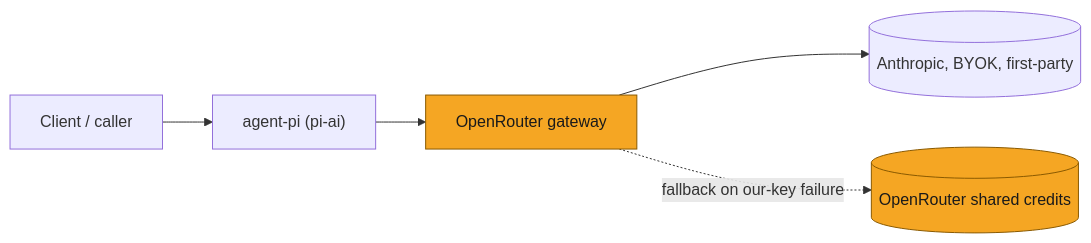
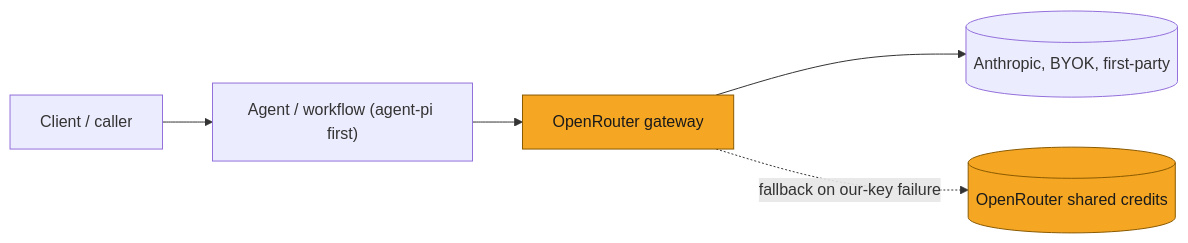
One commit to Solstice-Health/engineering-specs changed the first of 4 diagrams in plans/SOL-2933-openrouter-inference-gateway.md. Above: the diagram before and after it, drawn with Mermaid. The commit also changed other lines of this file, not shown here.

First line of the commit message:
Frame the gateway and config convention as agent-agnostic

````diff
--- a/plans/SOL-2933-openrouter-inference-gateway.md
+++ b/plans/SOL-2933-openrouter-inference-gateway.md
@@ -46,8 +46,8 @@
 ```mermaid
 flowchart LR
     classDef delta fill:#F5A623,stroke:#8A5A00,color:#1A1A1A
-    Caller["Client / caller"] --> Pi["agent-pi (pi-ai)"]
+    Caller["Client / caller"] --> Pi["Agent / workflow (agent-pi first)"]
     Pi --> OR["OpenRouter gateway"]:::delta
     OR --> Anthropic[("Anthropic, BYOK, first-party")]
     OR -.fallback on our-key failure.-> Shared[("OpenRouter shared credits")]:::delta
 ```
````
